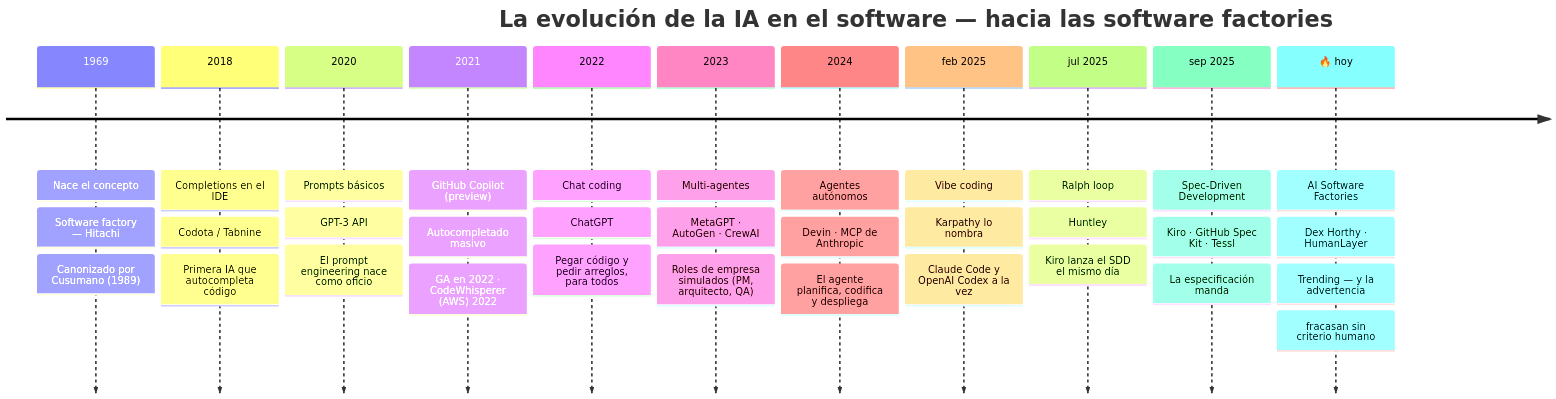
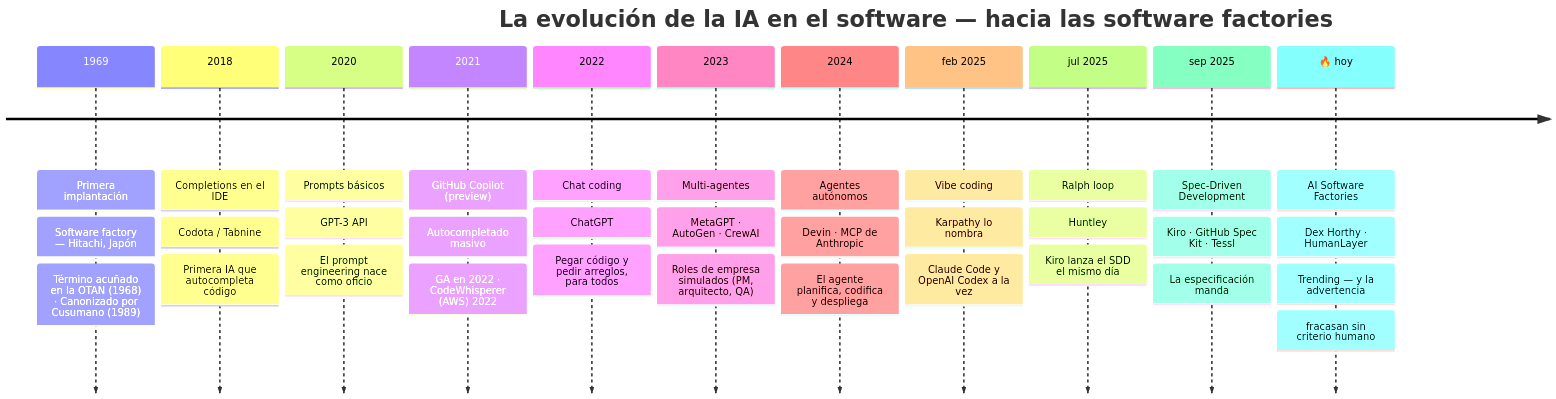
One commit to jcxk/pildora_software_factories changed the diagram in docs/data/roadmap-evolucion.md. Above: the diagram before and after it, drawn with Mermaid. The commit also changed other lines of this file and 4 other files, not shown here.

Commit message:
Corrección histórica: el término «software factory» lo acuñó la OTAN (1968, Garmisch); Hitachi fue la primera implantación (1969) — timeline, notas de slides 04/21, README y pregunta 1 del Kahoot

````diff
--- a/docs/data/roadmap-evolucion.md
+++ b/docs/data/roadmap-evolucion.md
@@ -7,15 +7,15 @@
 ```mermaid
 timeline
     title La evolución de la IA en el software — hacia las software factories
-    1969 : Nace el concepto : Software factory — Hitachi : Canonizado por Cusumano (1989)
+    1969 : Primera implantación : Software factory — Hitachi, Japón : Término acuñado en la OTAN (1968) · Canonizado por Cusumano (1989)
     2018 : Completions en el IDE : Codota / Tabnine : Primera IA que autocompleta código
     2020 : Prompts básicos : GPT-3 API : El prompt engineering nace como oficio
     2021 : GitHub Copilot (preview) : Autocompletado masivo : GA en 2022 · CodeWhisperer (AWS) 2022
     2022 : Chat coding : ChatGPT : Pegar código y pedir arreglos, para todos
     2023 : Multi-agentes : MetaGPT · AutoGen · CrewAI : Roles de empresa simulados (PM, arquitecto, QA)
     2024 : Agentes autónomos : Devin · MCP de Anthropic : El agente planifica, codifica y despliega
     feb 2025 : Vibe coding : Karpathy lo nombra : Claude Code y OpenAI Codex a la vez
     jul 2025 : Ralph loop : Huntley : Kiro lanza el SDD el mismo día
     sep 2025 : Spec-Driven Development : Kiro · GitHub Spec Kit · Tessl : La especificación manda
     🔥 hoy : AI Software Factories : Dex Horthy · HumanLayer : Trending — y la advertencia: fracasan sin criterio humano
 ```
````
